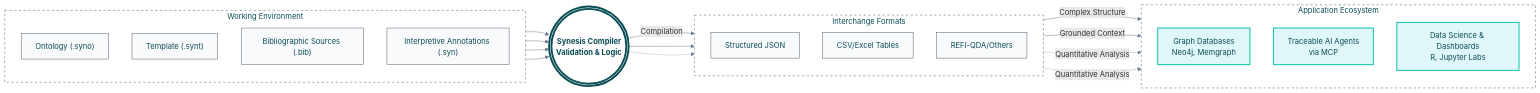
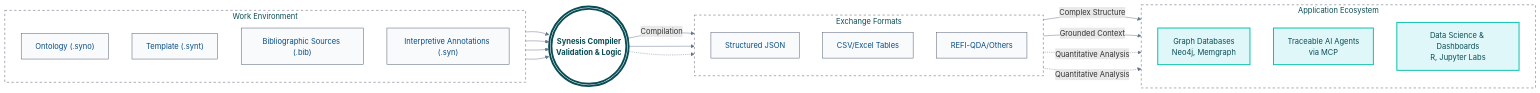
The diagram in en/index.qmd (synesis-lang/synesis-docs-sources), drawn with Mermaid before and after one commit. The commit also changed other lines of this file and 51 other files, not shown here.

````diff
--- a/en/index.qmd
+++ b/en/index.qmd
@@ -58,68 +60,68 @@
 ```{mermaid}
 flowchart LR
-    %% --- COLOR DEFINITION (Synesis 2.0 Palette) ---
+    %% --- COLOR DEFINITIONS (Synesis 2.0 Palette) ---
     %% Primary: #084C54 (Deep Teal)
     %% Accent: #00BFA5 (Mint/Cyan)
     %% Background: #FFFFFF (Pure white for contrast)
 
     %% --- NODE STYLES ---
-    %% Compiler: Double circle, Strong Border, White Background
+    %% Compiler: Double circle, Strong border, White background
     classDef compiler fill:#fff,stroke:#084C54,stroke-width:4px,color:#084C54,font-weight:bold;
 
-    %% High Value: Mint Border, Very Light Cyan Background, Teal Text
+    %% High Value: Mint border, Light cyan background, Teal text
     classDef highValue fill:#E0F7FA,stroke:#00BFA5,stroke-width:2px,color:#084C54;
 
     %% Default Nodes (Inputs/Outputs): Light gray background, Soft border
-    classDef defaultNode fill:#F8FAFC,stroke:#4A5568,stroke-width:1px,color:#084C54;
+    classDef defaultNode fill:#F8FAFC,stroke:#4A5568,stroke-width:1px,color:#084C84;
 
     %% --- DIAGRAM STRUCTURE ---
 
-    subgraph Input ["Working Environment"]
+    subgraph Input ["Work Environment"]
         direction TB
         E["Ontology (.syno)"]:::defaultNode
         D["Template (.synt)"]:::defaultNode
         A["Bibliographic Sources (.bib)"]:::defaultNode
         B["Interpretive Annotations (.syn)"]:::defaultNode
     end
 
     %% The Central Engine
     C((("Synesis Compiler\nValidation & Logic"))):::compiler
 
-    subgraph Output ["Interchange Formats"]
+    subgraph Output ["Exchange Formats"]
         direction TB
         F["Structured JSON"]:::defaultNode
         G["CSV/Excel Tables"]:::defaultNode
         H["REFI-QDA/Others"]:::defaultNode
     end
 
     subgraph Ecosystem ["Application Ecosystem"]
         direction TB
         I["Graph Databases\nNeo4j, Memgraph"]:::highValue
         J["Traceable AI Agents\nvia MCP"]:::highValue
         K["Data Science & Dashboards\nR, Jupyter Labs"]:::highValue
     end
 
-    %% --- FORCE SUBGROUP STYLES (Main Fix) ---
-    %% Using 'style' directly by subgraph ID to ensure transparency
+    %% --- FORCE SUBGROUP STYLE (Main Fix) ---
+    %% Use 'style' directly by subgraph ID to ensure transparency
     style Input fill:transparent,stroke:#4A5568,stroke-width:1px,stroke-dasharray: 5 5,color:#084C54
     style Output fill:transparent,stroke:#4A5568,stroke-width:1px,stroke-dasharray: 5 5,color:#084C54
     style Ecosystem fill:transparent,stroke:#4A5568,stroke-width:1px,stroke-dasharray: 5 5,color:#084C54
 
     %% --- CONNECTIONS ---
     E --> C
     D --> C
     A --> C
     B --> C
 
     C == "Compilation" ==> F
     C --> G
     C -.-> H
 
     F == "Complex Structure" ==> I
     F == "Grounded Context" ==> J
     F -. "Quantitative Analysis" .-> K
     G -. "Quantitative Analysis" .-> K
 
-    %% Line Styles
+    %% Line Style
     linkStyle default stroke:#64748B,stroke-width:1px;
 ```
````
